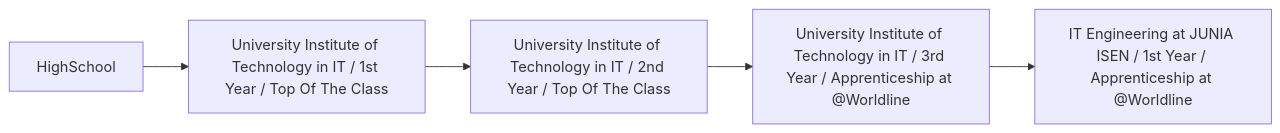
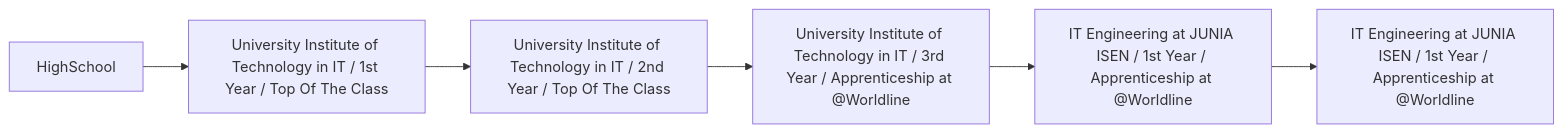
Before and after one commit to ThibaultLombart/ThibaultLombart: the diagram in README.md, drawn with Mermaid. The commit also changed other lines of this file, not shown here.

Commit message:
Update age in README and fix education timeline

````diff
--- a/README.md
+++ b/README.md
@@ -28,7 +28,8 @@
 ```mermaid
   flowchart LR;
       id1[HighSchool]-->id2[University Institute of Technology in IT / 1st Year / Top Of The Class];
       id2-->id3[University Institute of Technology in IT / 2nd Year / Top Of The Class];
       id3-->id4[University Institute of Technology in IT / 3rd Year / Apprenticeship at @Worldline ];
       id4-->id5[IT Engineering at JUNIA ISEN / 1st Year / Apprenticeship at @Worldline ];
+      id5-->id6[IT Engineering at JUNIA ISEN / 1st Year / Apprenticeship at @Worldline ];
 ```
````
